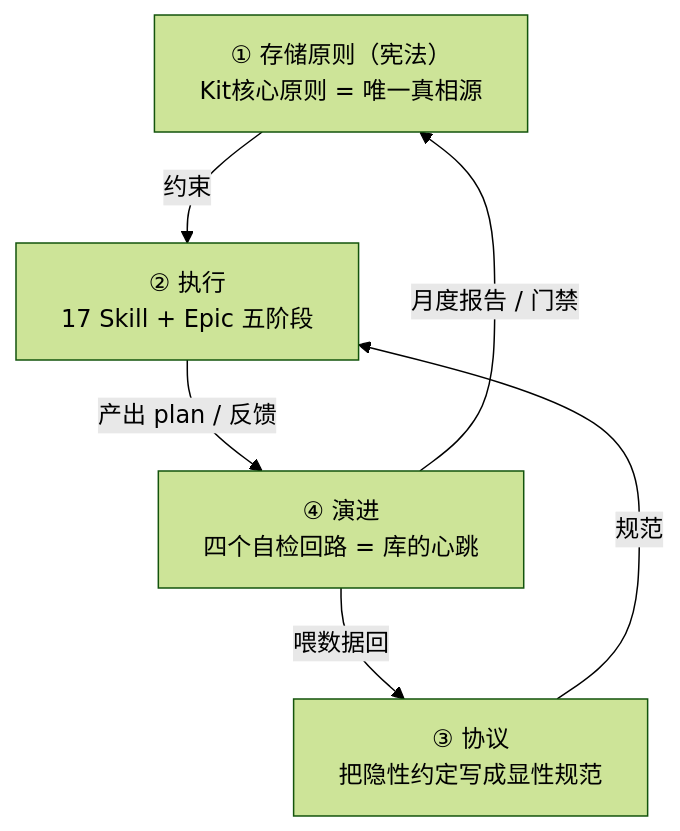
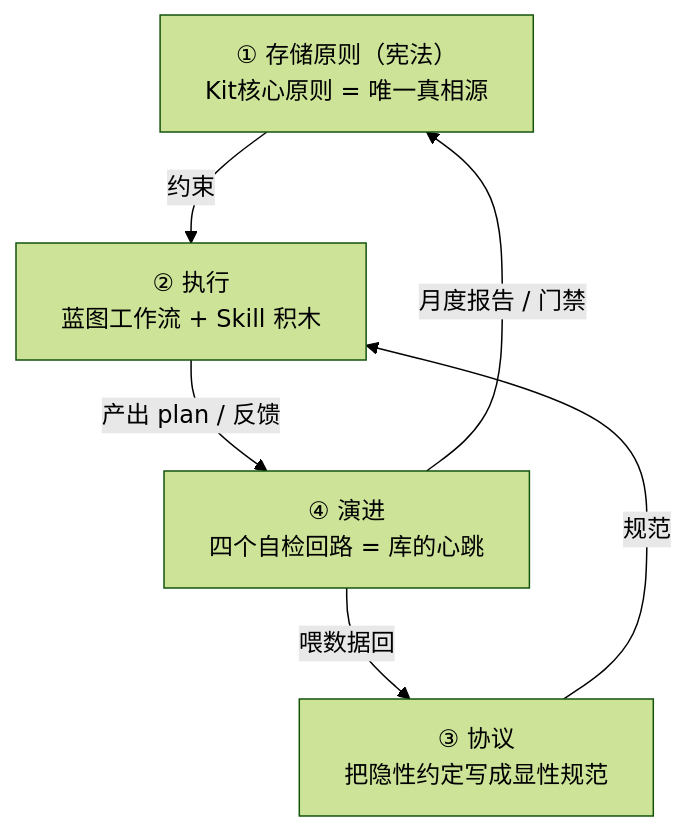
Before and after one commit to Wlx682/AI-Work-Kit: the diagram in Contexts/决策/AI-Work-Kit架构总览.md, drawn with Mermaid (forest theme). The commit also changed other lines of this file and 106 other files, not shown here.

````diff
--- a/Contexts/决策/AI-Work-Kit架构总览.md
+++ b/Contexts/决策/AI-Work-Kit架构总览.md
@@ -39,13 +40,13 @@
 ```mermaid
 flowchart TB
     L1["① 存储原则（宪法）<br/>Kit核心原则 = 唯一真相源"]
-    L2["② 执行<br/>17 Skill + Epic 五阶段"]
+    L2["② 执行<br/>蓝图工作流 + Skill 积木"]
     L3["③ 协议<br/>把隐性约定写成显性规范"]
     L4["④ 演进<br/>四个自检回路 = 库的心跳"]
 
     L1 -->|约束| L2
     L3 -->|规范| L2
     L2 -->|产出 plan / 反馈| L4
     L4 -->|月度报告 / 门禁| L1
     L4 -->|喂数据回| L3
 ```
````
